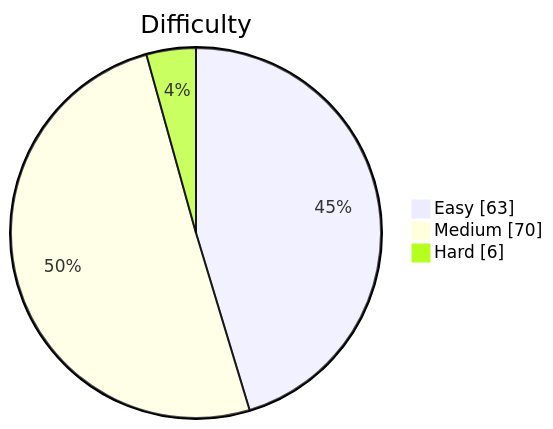
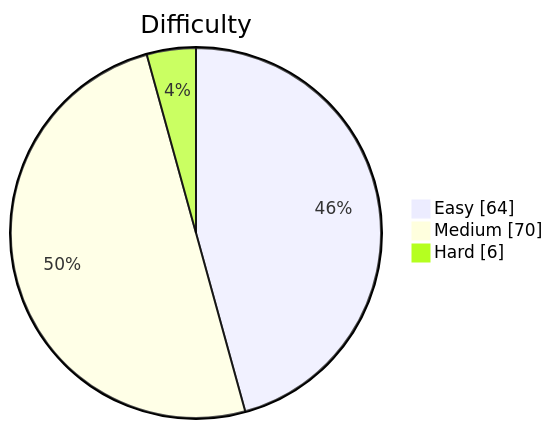
Before and after one commit to kevstevie/python-algo-practice: the diagram in README.md, drawn with Mermaid. The commit also changed other lines of this file, not shown here.

````diff
--- a/README.md
+++ b/README.md
@@ -13,7 +13,7 @@
 ```mermaid
 pie showData
     title Difficulty
-    "Easy"   : 63
+    "Easy"   : 64
     "Medium" : 70
     "Hard"   : 6
 ```
````
